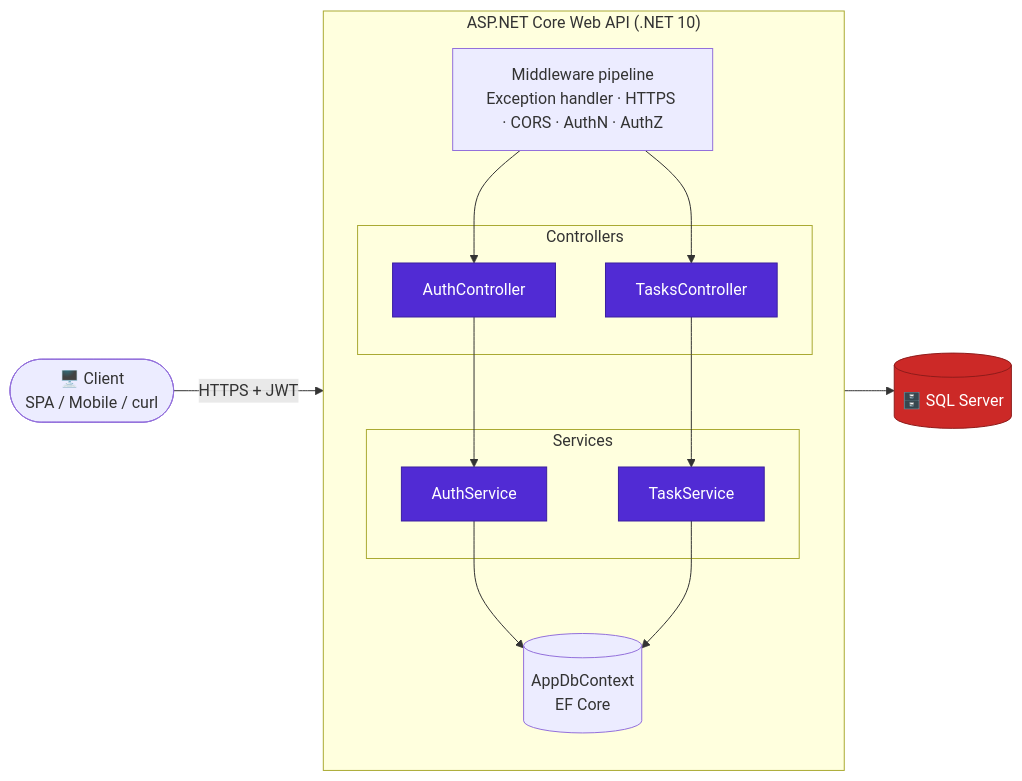
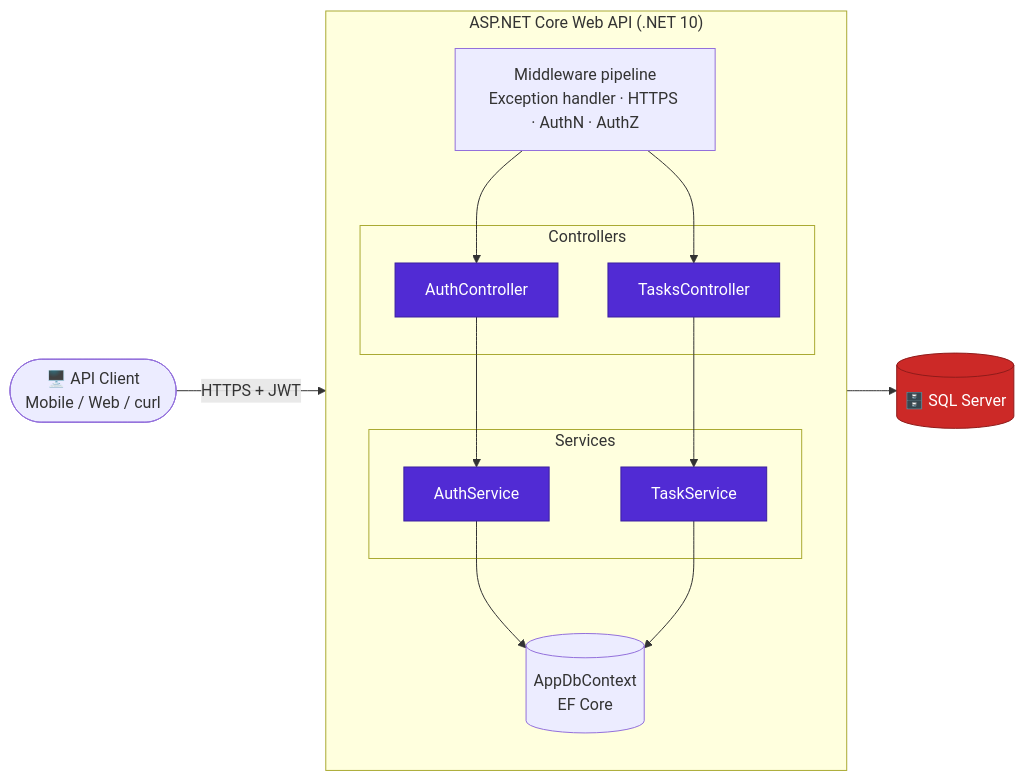
One commit to mohammedhany4213-create/TodoTaskApi changed the first of 3 diagrams in README.md. Above: the diagram before and after it, drawn with Mermaid. The commit also changed other lines of this file and 10 other files, not shown here.

````diff
--- a/README.md
+++ b/README.md
@@ -41,33 +41,33 @@
 ```mermaid
 flowchart LR
-    Client([🖥️ Client<br/>SPA / Mobile / curl])
+    Client([🖥️ API Client<br/>Mobile / Web / curl])
 
     subgraph API["ASP.NET Core Web API (.NET 10)"]
         direction TB
-        MW["Middleware pipeline<br/>Exception handler · HTTPS · CORS · AuthN · AuthZ"]
+        MW["Middleware pipeline<br/>Exception handler · HTTPS · AuthN · AuthZ"]
         subgraph Controllers
             AC[AuthController]
             TC[TasksController]
         end
         subgraph Services
             AS[AuthService]
             TS[TaskService]
         end
         DB[(AppDbContext<br/>EF Core)]
         MW --> AC & TC
         AC --> AS
         TC --> TS
         AS --> DB
         TS --> DB
     end
 
     SQL[(🗄️ SQL Server)]
 
     Client -- "HTTPS + JWT" --> MW
     DB --> SQL
 
     classDef accent fill:#512bd4,stroke:#3b1fa0,color:#fff;
     classDef store fill:#cc2927,stroke:#8f1c1b,color:#fff;
     class AC,TC,AS,TS accent;
     class SQL store;
 ```
````
